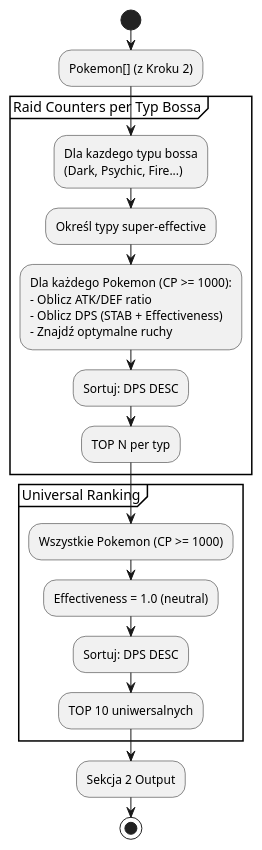
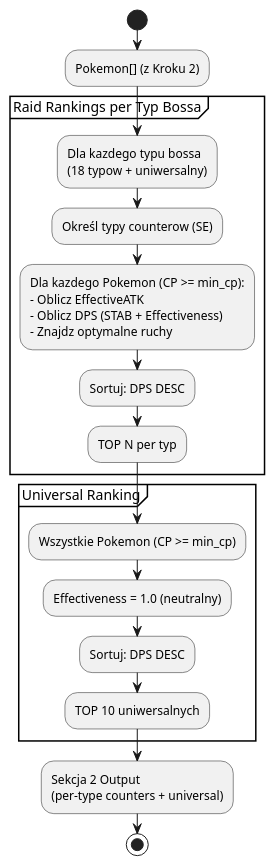
Before and after one commit to Adzikus/pokemon-go-analizer: the fifth of 11 diagrams in docs/05-analiza.md, drawn with PlantUML. The commit also changed other lines of this file and 8 other files, not shown here.

````diff
--- a/docs/05-analiza.md
+++ b/docs/05-analiza.md
@@ -985,32 +1033,33 @@
 ```plantuml
 @startuml
 
 start
 
 :Pokemon[] (z Kroku 2);
 
-partition "Raid Counters per Typ Bossa" {
+partition "Raid Rankings per Typ Bossa" {
     :Dla kazdego typu bossa
-    (Dark, Psychic, Fire...);
-    :Określ typy super-effective;
-    :Dla każdego Pokemon (CP >= 1000):
-    - Oblicz ATK/DEF ratio
+    (18 typow + uniwersalny);
+    :Określ typy counterow (SE);
+    :Dla kazdego Pokemon (CP >= min_cp):
+    - Oblicz EffectiveATK
     - Oblicz DPS (STAB + Effectiveness)
-    - Znajdź optymalne ruchy;
+    - Znajdz optymalne ruchy;
     :Sortuj: DPS DESC;
     :TOP N per typ;
 }
 
 partition "Universal Ranking" {
-    :Wszystkie Pokemon (CP >= 1000);
-    :Effectiveness = 1.0 (neutral);
+    :Wszystkie Pokemon (CP >= min_cp);
+    :Effectiveness = 1.0 (neutralny);
     :Sortuj: DPS DESC;
     :TOP 10 uniwersalnych;
 }
 
-:Sekcja 2 Output;
+:Sekcja 2 Output
+(per-type counters + universal);
 
 stop
 
 @enduml
 ```
````
